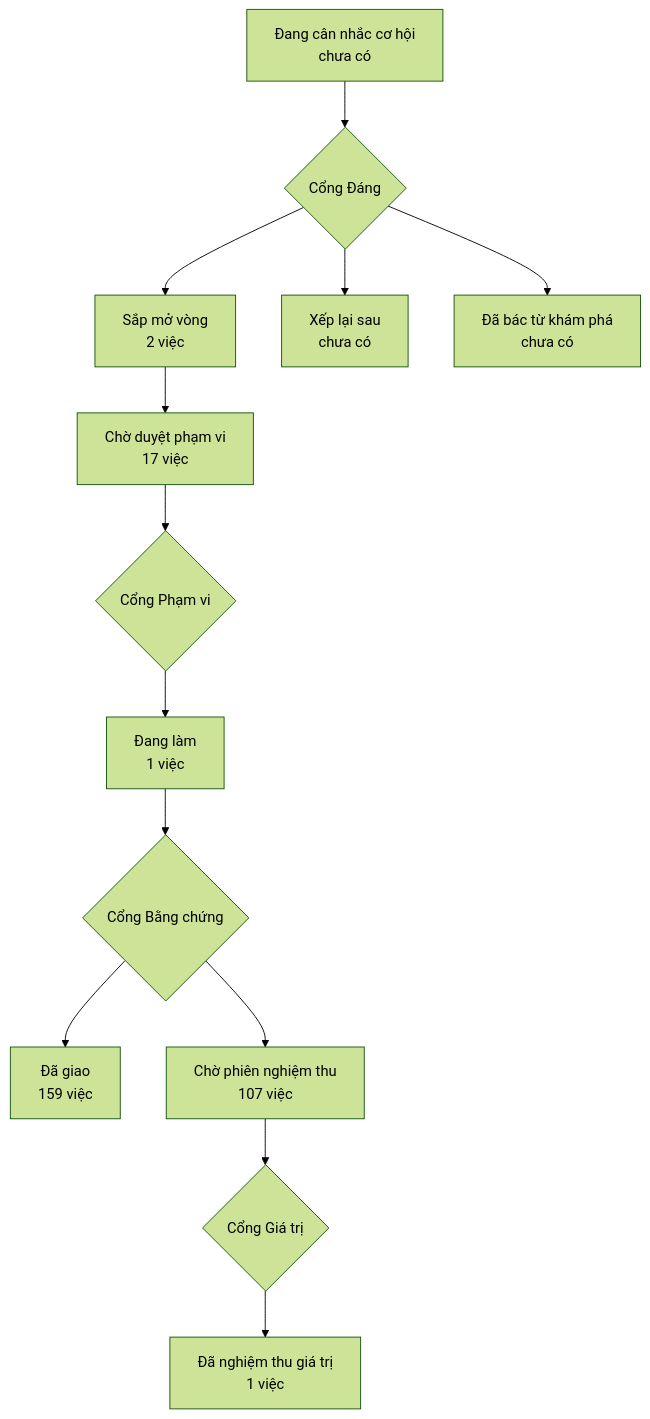
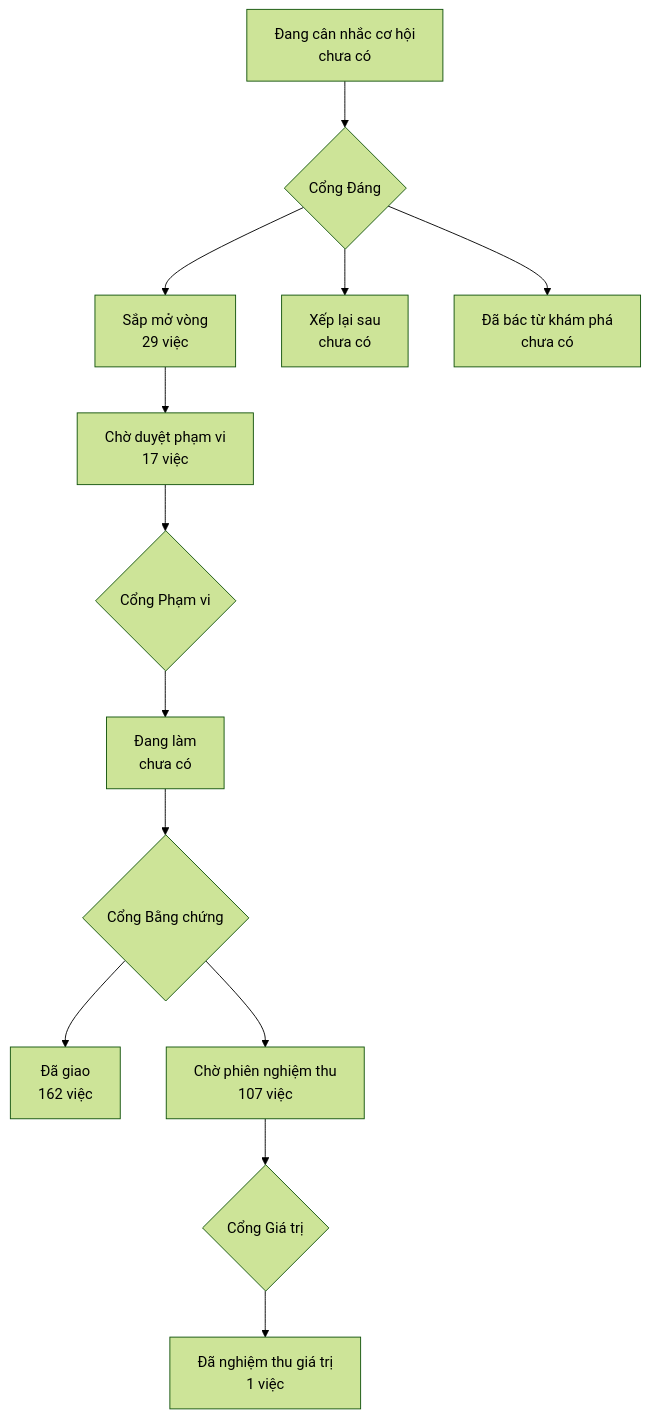
One commit to phanlemanh/onehub-invest changed the diagram in PRODUCT-MAP.md. Above: the diagram before and after it, drawn with Mermaid (forest theme). The commit also changed other lines of this file and 4 other files, not shown here.

````diff
--- a/PRODUCT-MAP.md
+++ b/PRODUCT-MAP.md
@@ -7,12 +7,12 @@
 ```mermaid
 flowchart TD
   A["Đang cân nhắc cơ hội<br/>chưa có"] --> GD{"Cổng Đáng"}
-  GD --> B["Sắp mở vòng<br/>2 việc"]
+  GD --> B["Sắp mở vòng<br/>29 việc"]
   GD --> XL["Xếp lại sau<br/>chưa có"]
   GD --> DB["Đã bác từ khám phá<br/>chưa có"]
   B --> CD["Chờ duyệt phạm vi<br/>17 việc"] --> GP{"Cổng Phạm vi"}
-  GP --> DL["Đang làm<br/>1 việc"] --> GB{"Cổng Bằng chứng"}
-  GB --> DG["Đã giao<br/>159 việc"]
+  GP --> DL["Đang làm<br/>chưa có"] --> GB{"Cổng Bằng chứng"}
+  GB --> DG["Đã giao<br/>162 việc"]
   GB --> CN["Chờ phiên nghiệm thu<br/>107 việc"] --> GG{"Cổng Giá trị"}
   GG --> NT["Đã nghiệm thu giá trị<br/>1 việc"]
 ```
````
